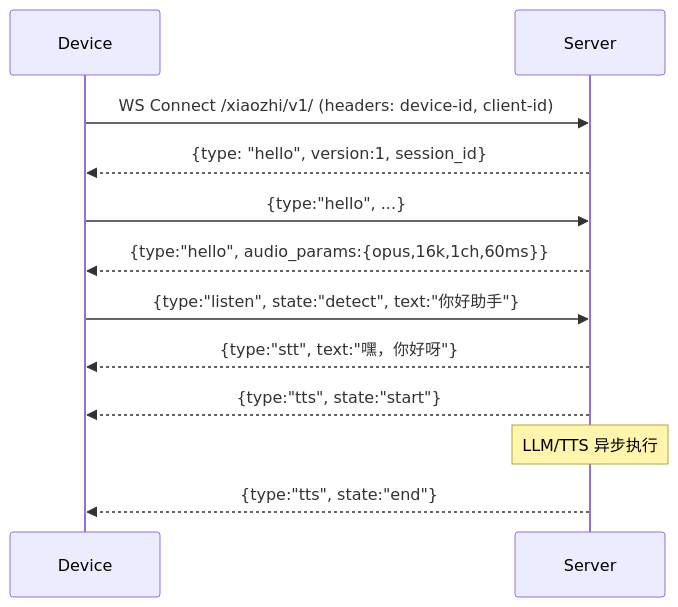
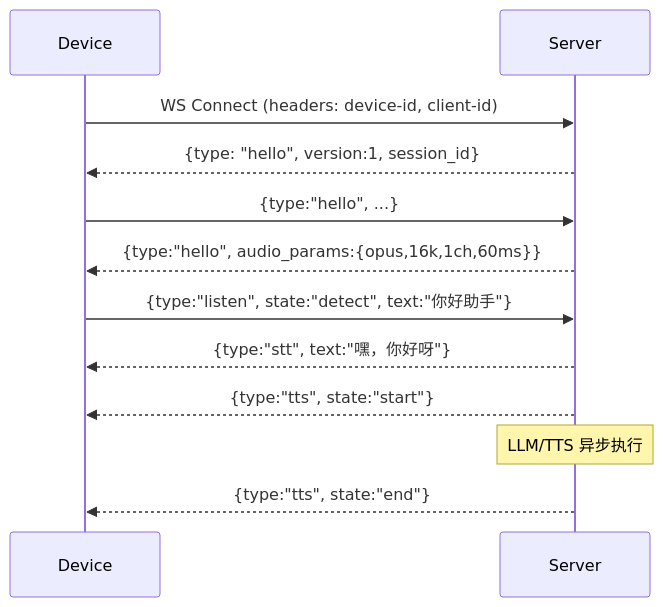
Before and after one commit to 000614/002: the second of 2 diagrams in README.md, drawn with Mermaid. The commit also changed other lines of this file, not shown here.

````diff
--- a/README.md
+++ b/README.md
@@ -67,14 +65,14 @@
 ```mermaid
 sequenceDiagram
     participant D as Device
     participant S as Server
-    D->>S: WS Connect /xiaozhi/v1/ (headers: device-id, client-id)
+    D->>S: WS Connect (headers: device-id, client-id)
     S-->>D: {type: "hello", version:1, session_id}
     D->>S: {type:"hello", ...}
     S-->>D: {type:"hello", audio_params:{opus,16k,1ch,60ms}}
     D->>S: {type:"listen", state:"detect", text:"你好助手"}
     S-->>D: {type:"stt", text:"嘿，你好呀"}
     S-->>D: {type:"tts", state:"start"}
     Note over S: LLM/TTS 异步执行
     S-->>D: {type:"tts", state:"end"}
 ```
````
